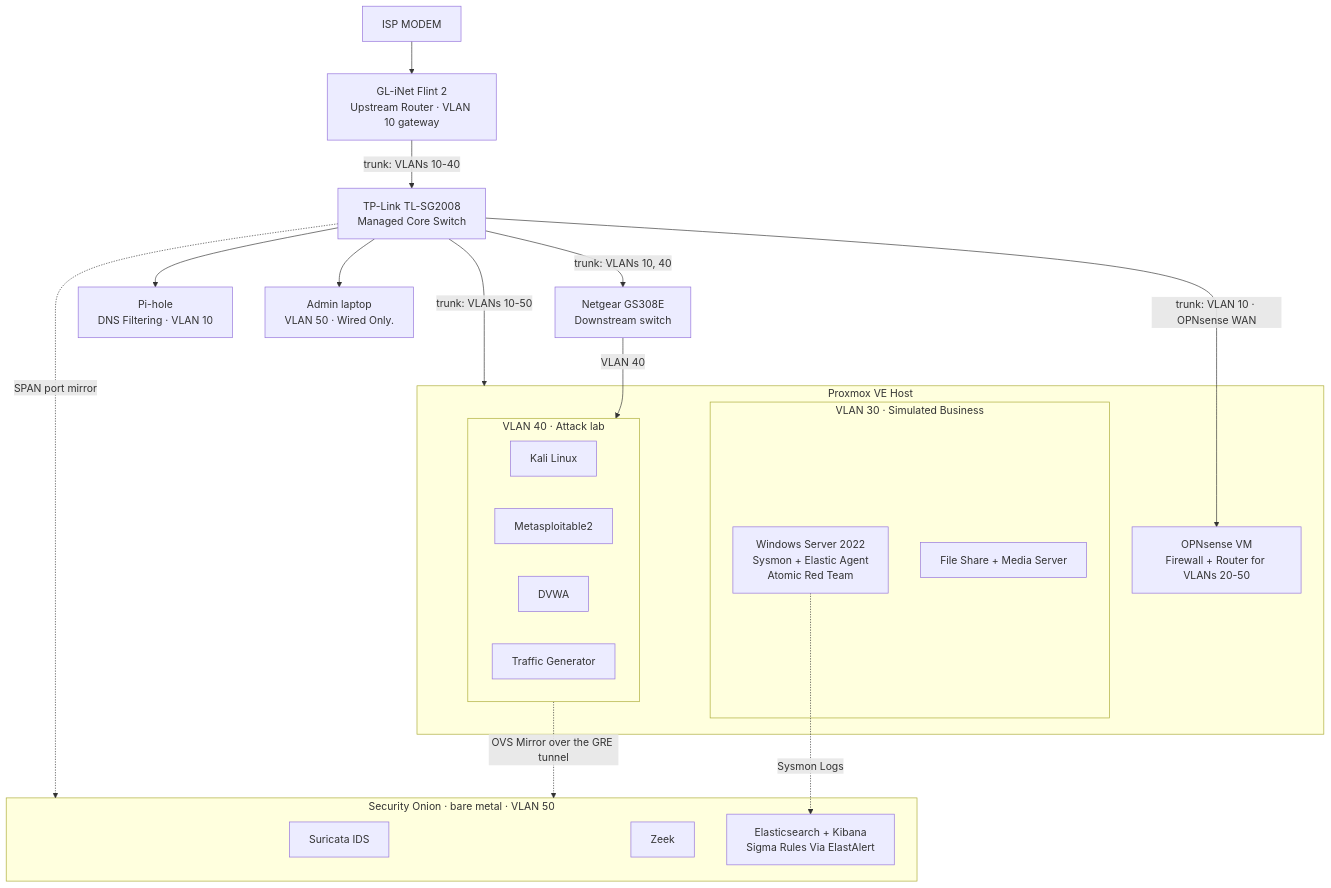
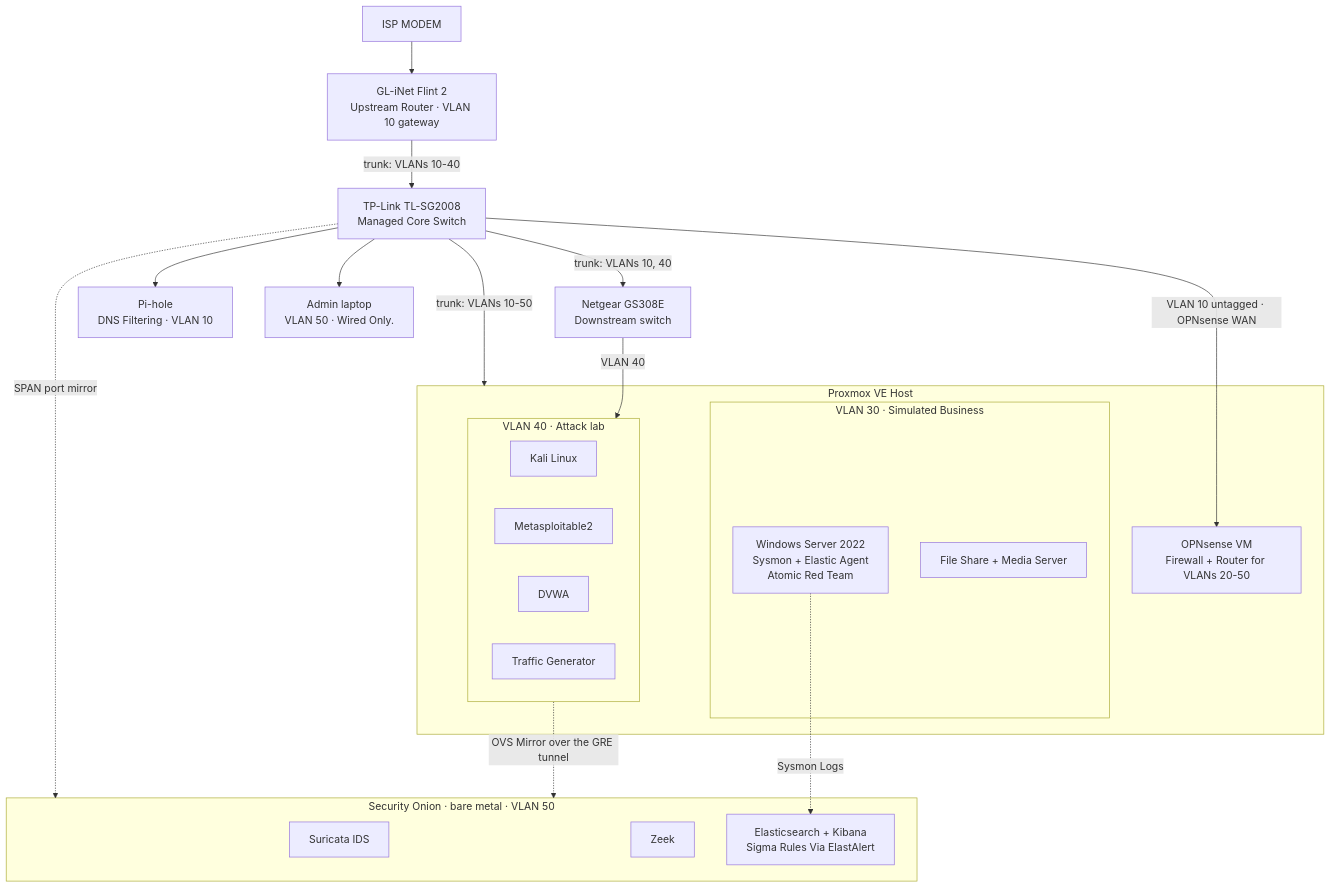
The diagram in docs/architecture.md (cormack42/soc-homelab), drawn with Mermaid before and after one commit.

```diff
--- a/docs/architecture.md
+++ b/docs/architecture.md
@@ -58,9 +58,11 @@
 
 TPL -->| trunk: VLANs 10-50| PVE
 
+%%OPNsense's WAN gets its own adapter on a plain VLAN 10 untagged port. 
+
+TPL -->| VLAN 10 untagged · OPNsense WAN| OPN
+
 %%The attack lab also has its own uplink from the netgear on a separate adapter.
-
-TPL -->| trunk: VLAN 10 · OPNsense WAN| OPN
 
 NG -->|VLAN 40| V40
 
```
